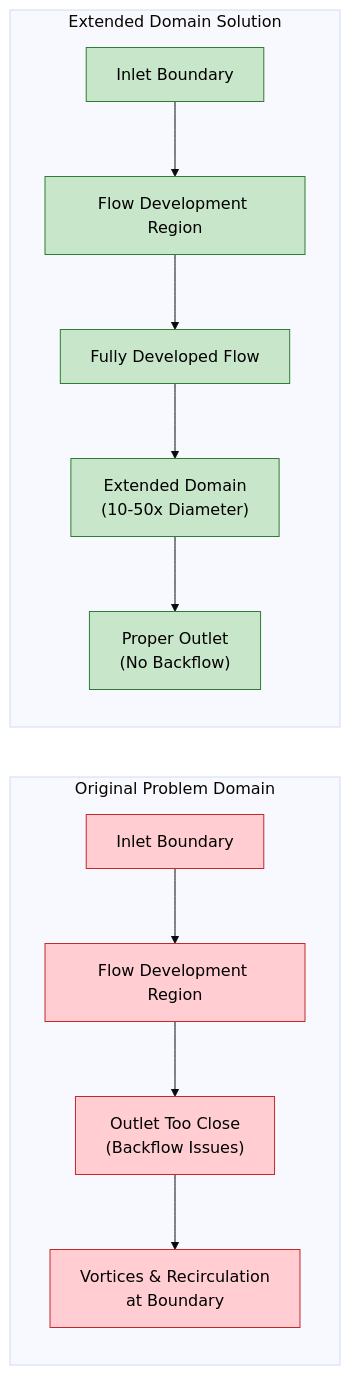
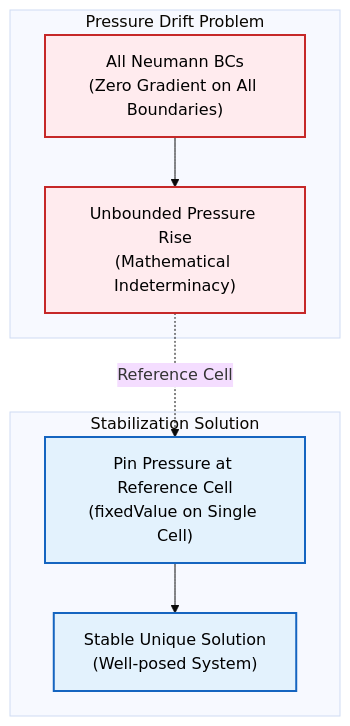
Before and after one commit to wramet/build-my-cfd: the fourth of 6 diagrams in MODULE_01_CFD_FUNDAMENTALS/CONTENT/03_BOUNDARY_CONDITIONS/07_Troubleshooting_Boundary_Conditions.md, drawn with Mermaid (base theme). The commit also changed other lines of this file and 313 other files, not shown here.

Commit message:
Revise all diagram

````diff
--- a/MODULE_01_CFD_FUNDAMENTALS/CONTENT/03_BOUNDARY_CONDITIONS/07_Troubleshooting_Boundary_Conditions.md
+++ b/MODULE_01_CFD_FUNDAMENTALS/CONTENT/03_BOUNDARY_CONDITIONS/07_Troubleshooting_Boundary_Conditions.md
@@ -205,25 +394,20 @@
 ```mermaid
-graph LR
-    subgraph "Original Problem Domain"
-        A["Inlet Boundary"] --> B["Flow Development Region"]
-        B --> C["Outlet Too Close<br/>(Backflow Issues)"]
-        C --> D["Vortices & Recirculation<br/>at Boundary"]
-    end
+graph TD
+%% Pressure Drift Problem and Solution
+subgraph Problem ["Pressure Drift Problem"]
+    Cause["All Neumann BCs<br/>(Zero Gradient on All Boundaries)"]:::explicit
+    Symptom["Unbounded Pressure Rise<br/>(Mathematical Indeterminacy)"]:::explicit
+end
 
-    subgraph "Extended Domain Solution"
-        E["Inlet Boundary"] --> F["Flow Development Region"]
-        F --> G["Fully Developed Flow"]
-        G --> H["Extended Domain<br/>(10-50x Diameter)"]
-        H --> I["Proper Outlet<br/>(No Backflow)"]
-    end
+subgraph Solution ["Stabilization Solution"]
+    Action["Pin Pressure at Reference Cell<br/>(fixedValue on Single Cell)"]:::implicit
+    Result["Stable Unique Solution<br/>(Well-posed System)"]:::implicit
+end
 
-    style A fill:#ffcdd2,stroke:#c62828,color:#000
-    style B fill:#ffcdd2,stroke:#c62828,color:#000
-    style C fill:#ffcdd2,stroke:#c62828,color:#000
-    style D fill:#ffcdd2,stroke:#c62828,color:#000
-    style E fill:#c8e6c9,stroke:#2e7d32,color:#000
-    style F fill:#c8e6c9,stroke:#2e7d32,color:#000
-    style G fill:#c8e6c9,stroke:#2e7d32,color:#000
-    style H fill:#c8e6c9,stroke:#2e7d32,color:#000
-    style I fill:#c8e6c9,stroke:#2e7d32,color:#000
+Cause --> Symptom
+Symptom -.->|Reference Cell| Action
+Action --> Result
+
+classDef implicit fill:#e3f2fd,stroke:#1565c0,stroke-width:2px,color:#000;
+classDef explicit fill:#ffebee,stroke:#c62828,stroke-width:2px,color:#000;
 ```
````
